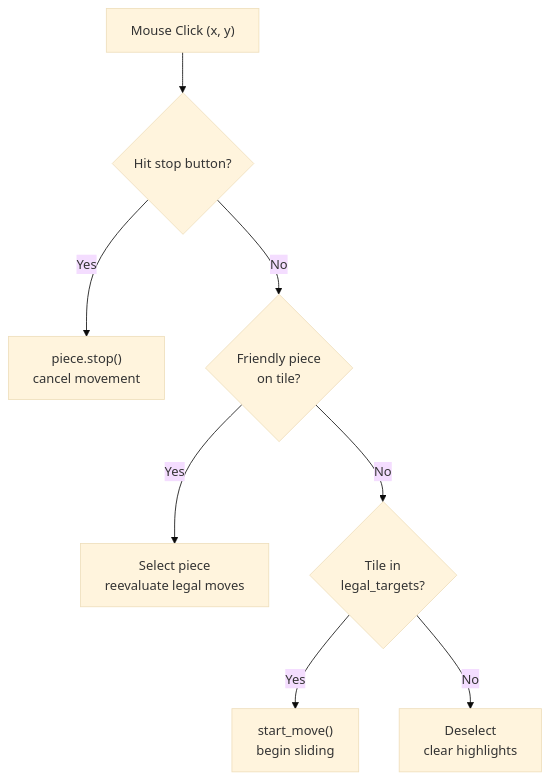
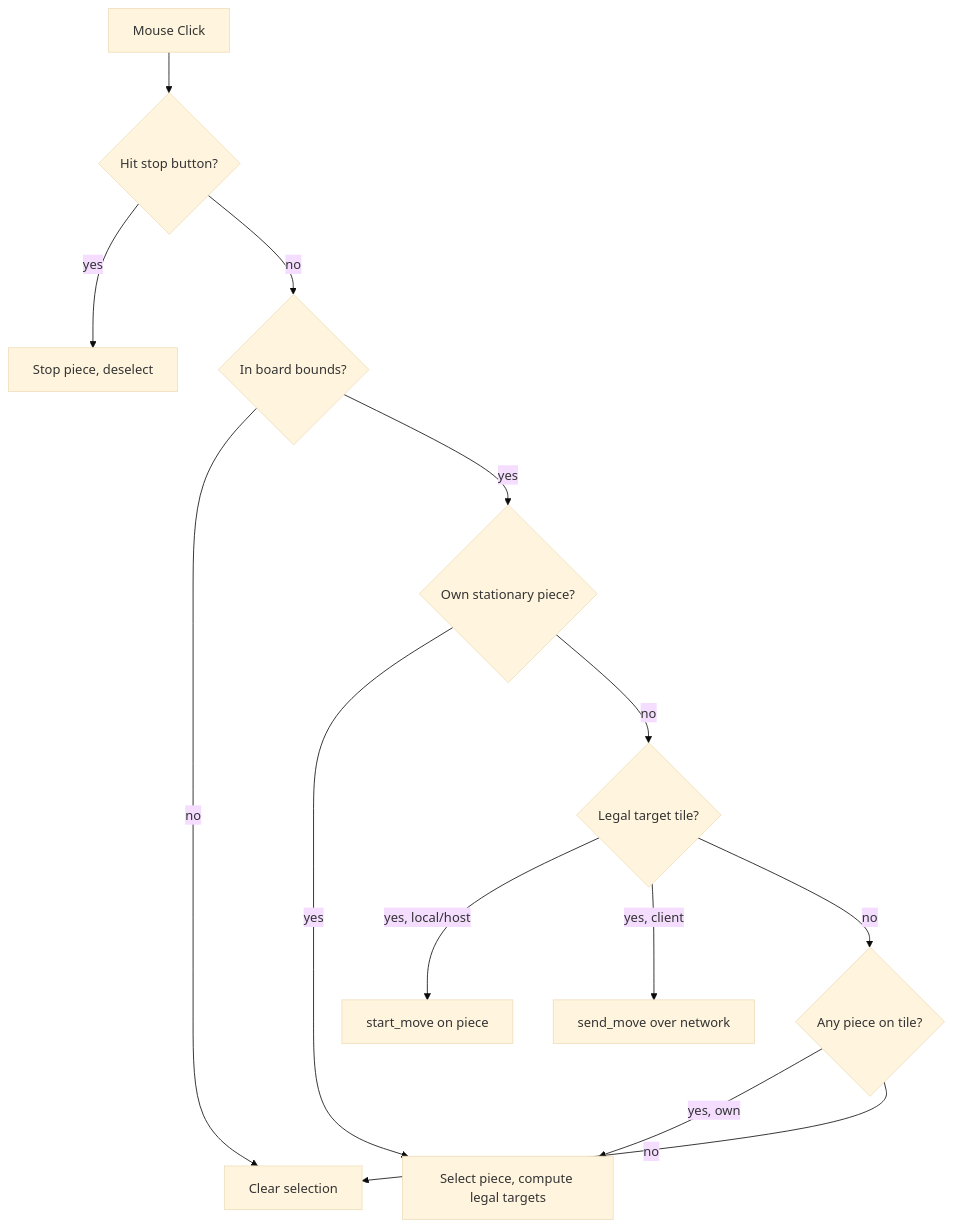
One commit to VladanJ/chess changed the third of 5 diagrams in ARCHITECTURE.md. Above: the diagram before and after it, drawn with Mermaid (base theme). The commit also changed other lines of this file and 3 other files, not shown here.

````diff
--- a/ARCHITECTURE.md
+++ b/ARCHITECTURE.md
@@ -210,10 +239,15 @@
 ```mermaid
 flowchart TD
-    Click["Mouse Click (x, y)"] --> S{Hit stop button?}
-    S -->|Yes| Stop["piece.stop()\ncancel movement"]
-    S -->|No| T{Friendly piece\non tile?}
-    T -->|Yes| Sel["Select piece\nreevaluate legal moves"]
-    T -->|No| U{Tile in\nlegal_targets?}
-    U -->|Yes| Move["start_move()\nbegin sliding"]
-    U -->|No| Desel["Deselect\nclear highlights"]
+    Click[Mouse Click] --> StopBtn{Hit stop button?}
+    StopBtn -->|yes| Stop[Stop piece, deselect]
+    StopBtn -->|no| InBounds{In board bounds?}
+    InBounds -->|no| Deselect[Clear selection]
+    InBounds -->|yes| OwnPiece{Own stationary piece?}
+    OwnPiece -->|yes| Select[Select piece, compute legal targets]
+    OwnPiece -->|no| LegalTarget{Legal target tile?}
+    LegalTarget -->|yes, local/host| Move[start_move on piece]
+    LegalTarget -->|yes, client| NetMove[send_move over network]
+    LegalTarget -->|no| ClickEnemy{Any piece on tile?}
+    ClickEnemy -->|yes, own| Select
+    ClickEnemy -->|no| Deselect
 ```
````
